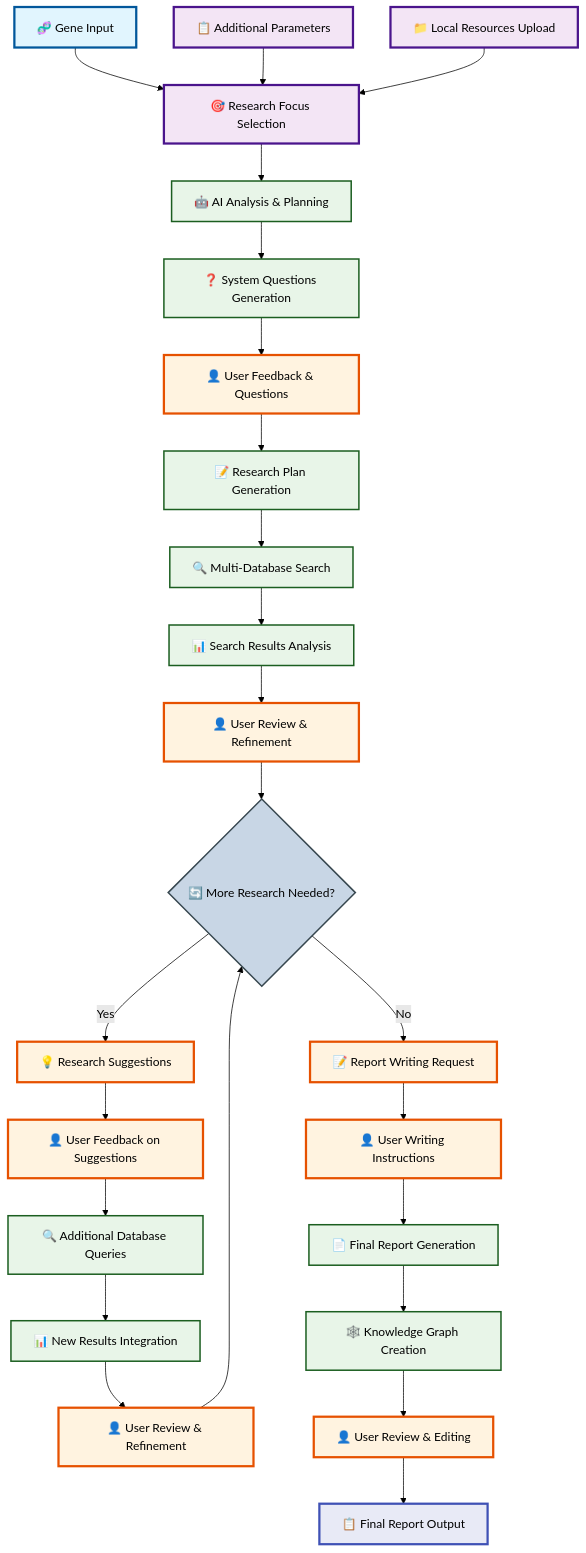
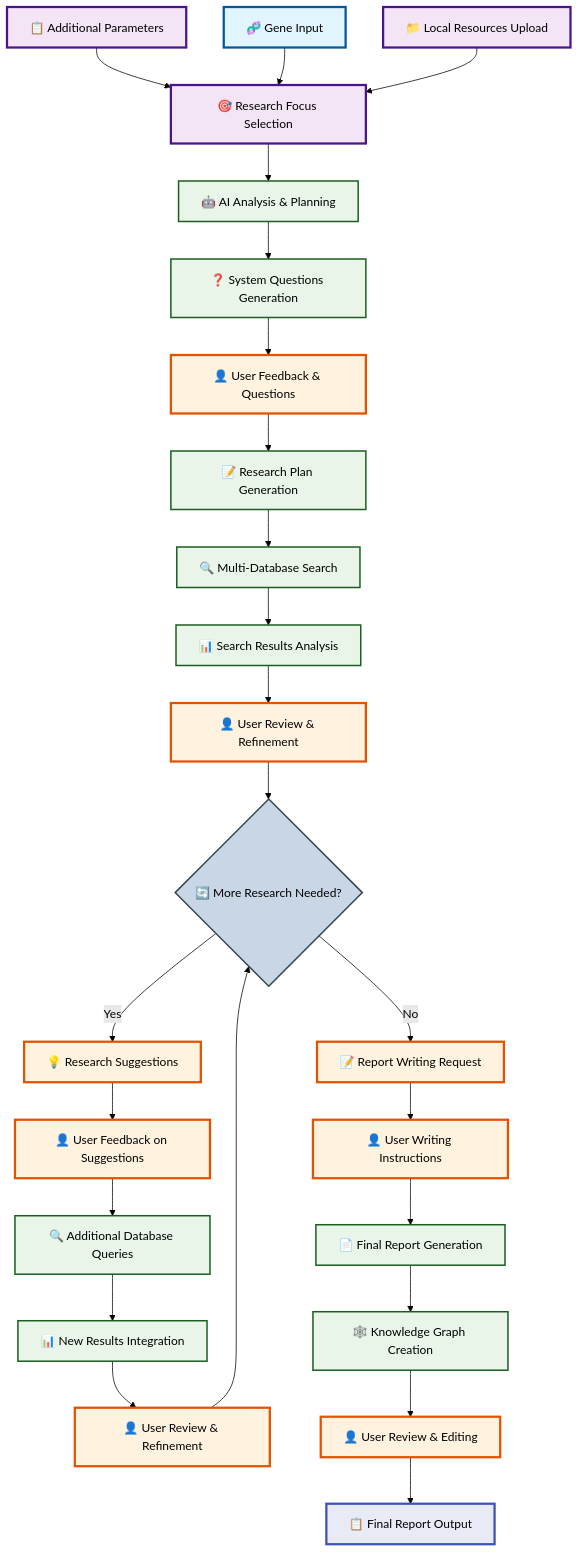
One commit to Scilence2022/DeepGeneResearch changed the diagram in README.md. Above: the diagram before and after it, drawn with Mermaid (forest theme). The commit also changed other lines of this file, not shown here.

````diff
--- a/README.md
+++ b/README.md
@@ -217,64 +217,64 @@
 ```mermaid
 flowchart TB
     %% User Input Phase
+    C[📋 Additional Parameters] --> B
     A[🧬 Gene Input] --> B[🎯 Research Focus Selection]
-    C[📋 Additional Parameters] --> B
     D[📁 Local Resources Upload] --> B
     
     %% AI Analysis Phase
     B --> E[🤖 AI Analysis & Planning]
     E --> F[❓ System Questions Generation]
     F --> G[👤 User Feedback & Questions]
     G --> H[📝 Research Plan Generation]
     
     %% Search Phase
     H --> I[🔍 Multi-Database Search]
     I --> J[📊 Search Results Analysis]
     J --> K[👤 User Review & Refinement]
     K --> L{🔄 More Research Needed?}
     
     %% Iteration Loop
     L -->|Yes| M[💡 Research Suggestions]
     M --> N[👤 User Feedback on Suggestions]
     N --> O[🔍 Additional Database Queries]
     O --> P[📊 New Results Integration]
     P --> Q[👤 User Review & Refinement]
     Q --> L
     
     %% Final Phase
     L -->|No| R[📝 Report Writing Request]
     R --> S[👤 User Writing Instructions]
     S --> T[📄 Final Report Generation]
     T --> U[🕸️ Knowledge Graph Creation]
     U --> V[👤 User Review & Editing]
     V --> W[📋 Final Report Output]
     
     %% User Interaction Styling
     style A fill:#e1f5fe,stroke:#01579b,stroke-width:3px
     style B fill:#f3e5f5,stroke:#4a148c,stroke-width:3px
     style C fill:#f3e5f5,stroke:#4a148c,stroke-width:3px
     style D fill:#f3e5f5,stroke:#4a148c,stroke-width:3px
     style G fill:#fff3e0,stroke:#e65100,stroke-width:3px
     style K fill:#fff3e0,stroke:#e65100,stroke-width:3px
     style M fill:#fff3e0,stroke:#e65100,stroke-width:3px
     style N fill:#fff3e0,stroke:#e65100,stroke-width:3px
     style Q fill:#fff3e0,stroke:#e65100,stroke-width:3px
     style R fill:#fff3e0,stroke:#e65100,stroke-width:3px
     style S fill:#fff3e0,stroke:#e65100,stroke-width:3px
     style V fill:#fff3e0,stroke:#e65100,stroke-width:3px
     
     %% AI Processing Styling
     style E fill:#e8f5e8,stroke:#1b5e20,stroke-width:2px
     style F fill:#e8f5e8,stroke:#1b5e20,stroke-width:2px
     style H fill:#e8f5e8,stroke:#1b5e20,stroke-width:2px
     style I fill:#e8f5e8,stroke:#1b5e20,stroke-width:2px
     style J fill:#e8f5e8,stroke:#1b5e20,stroke-width:2px
     style O fill:#e8f5e8,stroke:#1b5e20,stroke-width:2px
     style P fill:#e8f5e8,stroke:#1b5e20,stroke-width:2px
     style T fill:#e8f5e8,stroke:#1b5e20,stroke-width:2px
     style U fill:#e8f5e8,stroke:#1b5e20,stroke-width:2px
     
     %% Decision and Output Styling
     style L fill:#c8d6e5,stroke:#37474f,stroke-width:2px
     style W fill:#e8eaf6,stroke:#3f51b5,stroke-width:3px
 ```
````
